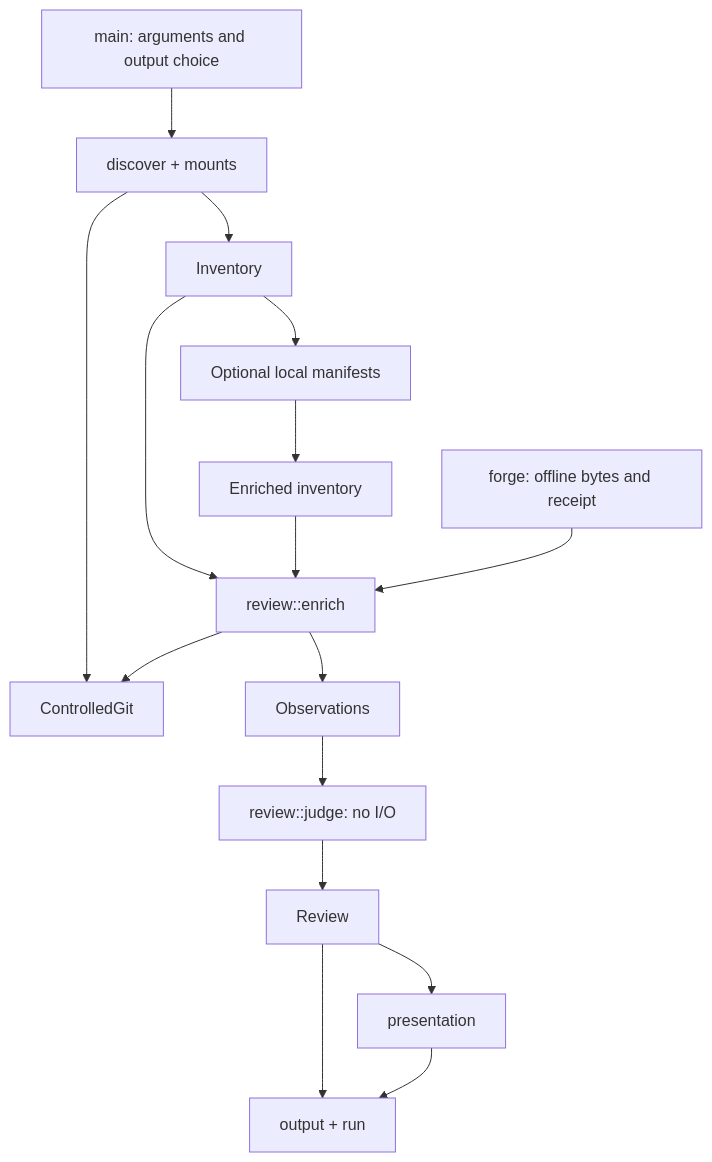
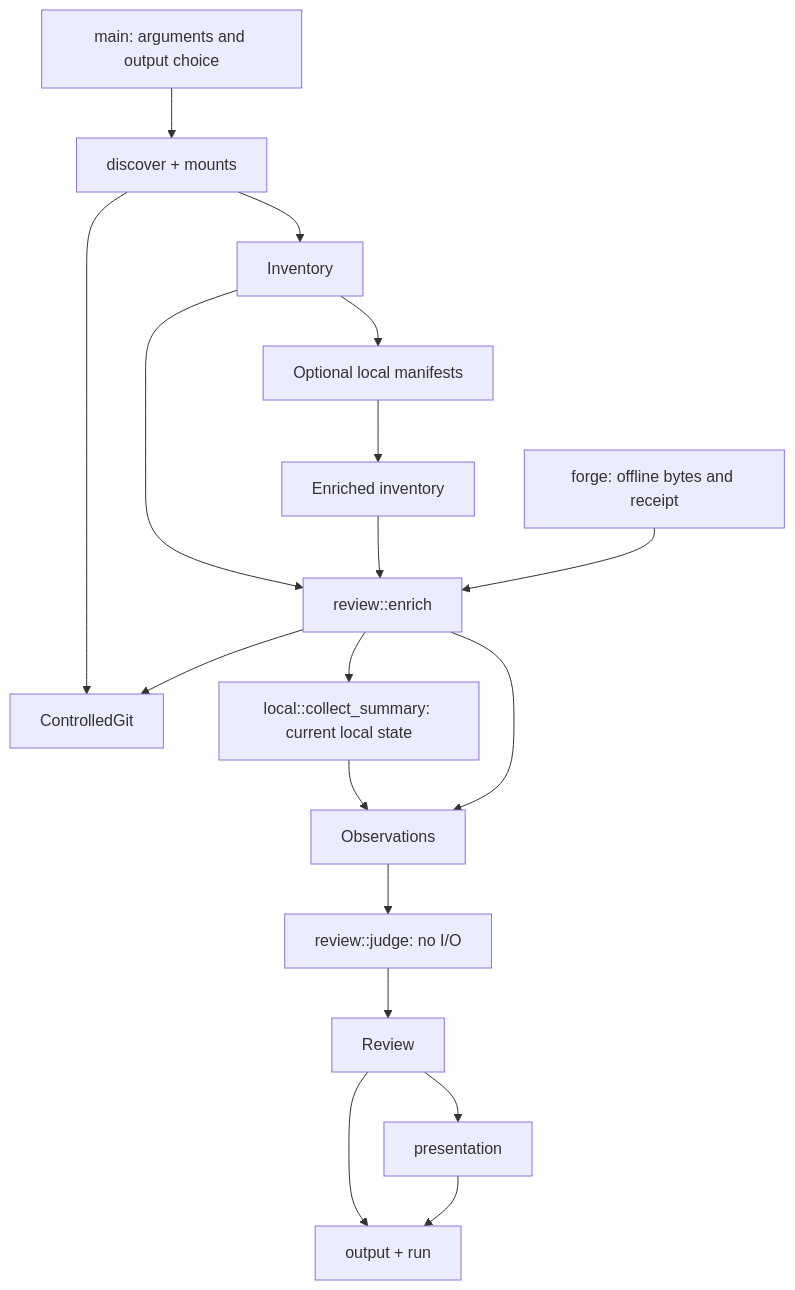
The diagram in docs/architecture.md (FlorianBruniaux/wt-sweep), drawn with Mermaid before and after one commit. The commit also changed other lines of this file and 63 other files, not shown here.

````diff
--- a/docs/architecture.md
+++ b/docs/architecture.md
@@ -11,18 +18,20 @@
 ```mermaid
 flowchart TD
     CLI[main: arguments and output choice] --> D[discover + mounts]
     D --> G[ControlledGit]
     D --> I[Inventory]
     I --> L[Optional local manifests]
     L --> I2[Enriched inventory]
     I --> E[review::enrich]
     I2 --> E
     F[forge: offline bytes and receipt] --> E
     E --> G
-    E --> O[Observations]
+    E --> LS[local::collect_summary: current local state]
+    LS --> O[Observations]
+    E --> O
     O --> J[review::judge: no I/O]
     J --> R[Review]
     R --> P[presentation]
     R --> W[output + run]
     P --> W
 ```
````
